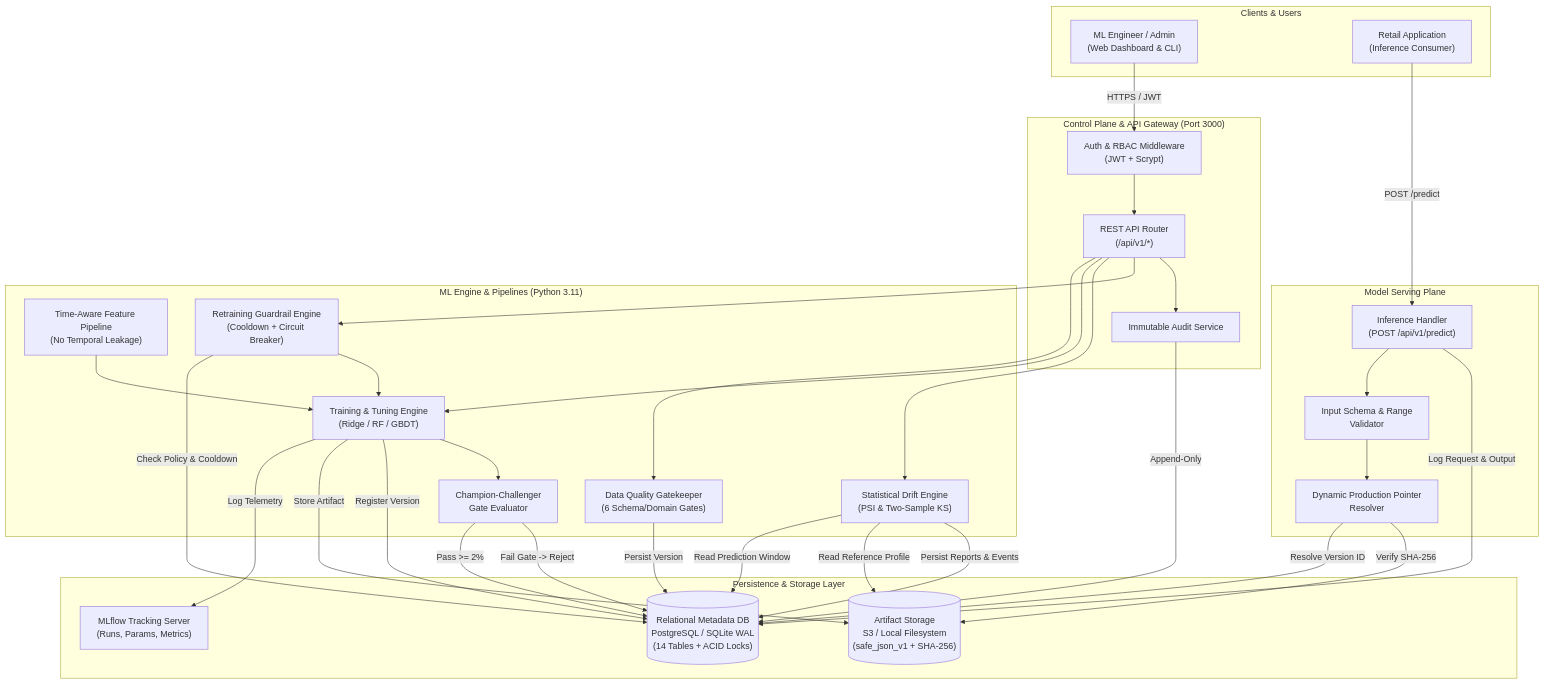
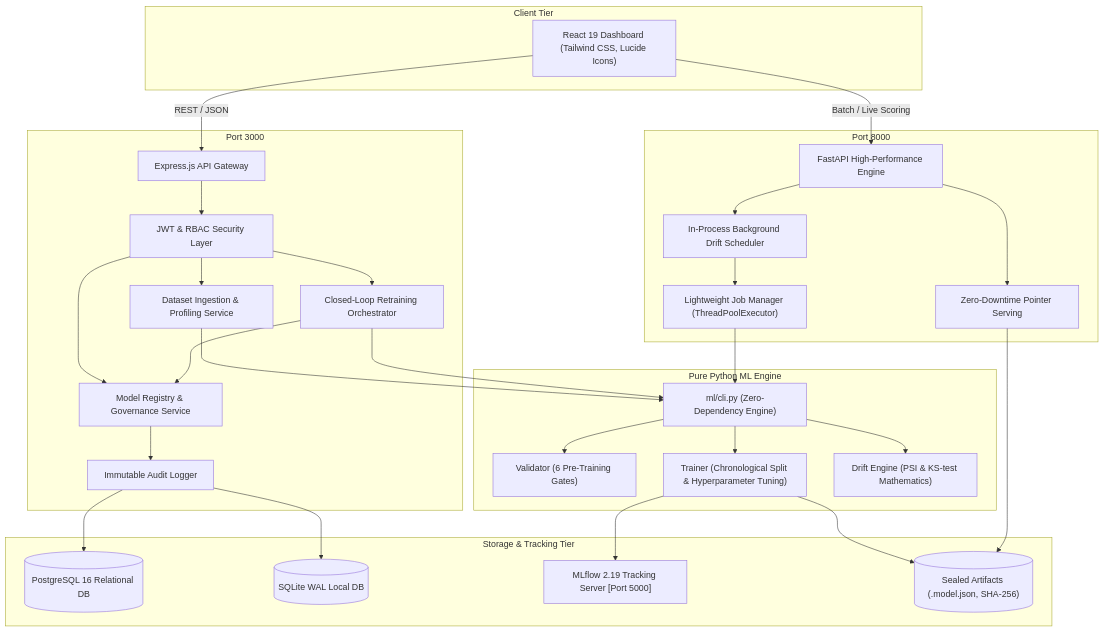
Before and after one commit to Chirag240105/MlOps360: the first of 3 diagrams in README.md, drawn with Mermaid. The commit also changed other lines of this file, not shown here.

````diff
--- a/README.md
+++ b/README.md
@@ -174,68 +159,59 @@
 ```mermaid
-flowchart TB
-    subgraph Clients["Clients & Users"]
-        ENG["ML Engineer / Admin<br/>(Web Dashboard & CLI)"]
-        APP["Retail Application<br/>(Inference Consumer)"]
+flowchart TD
+    subgraph Client Tier
+        UI["React 19 Dashboard (Tailwind CSS, Lucide Icons)"]
     end
 
-    subgraph ControlPlane["Control Plane & API Gateway (Port 3000)"]
-        AUTH["Auth & RBAC Middleware<br/>(JWT + Scrypt)"]
-        ROUTER["REST API Router<br/>(/api/v1/*)"]
-        AUDIT["Immutable Audit Service"]
+    subgraph Control Plane Tier [Port 3000]
+        Express["Express.js API Gateway"]
+        AuthMiddleware["JWT & RBAC Security Layer"]
+        RegistryService["Model Registry & Governance Service"]
+        DatasetService["Dataset Ingestion & Profiling Service"]
+        RetrainingService["Closed-Loop Retraining Orchestrator"]
+        AuditService["Immutable Audit Logger"]
     end
 
-    subgraph ServingPlane["Model Serving Plane"]
-        SRV["Inference Handler<br/>(POST /api/v1/predict)"]
-        PTR["Dynamic Production Pointer<br/>Resolver"]
-        VAL_IN["Input Schema & Range<br/>Validator"]
+    subgraph ML & Inference Microservice [Port 8000]
+        FastAPI["FastAPI High-Performance Engine"]
+        InferenceApp["Zero-Downtime Pointer Serving"]
+        Scheduler["In-Process Background Drift Scheduler"]
+        JobManager["Lightweight Job Manager (ThreadPoolExecutor)"]
     end
 
-    subgraph MLOpsEngine["ML Engine & Pipelines (Python 3.11)"]
-        DATA_VAL["Data Quality Gatekeeper<br/>(6 Schema/Domain Gates)"]
-        FEAT["Time-Aware Feature Pipeline<br/>(No Temporal Leakage)"]
-        TRAIN["Training & Tuning Engine<br/>(Ridge / RF / GBDT)"]
-        DRIFT["Statistical Drift Engine<br/>(PSI & Two-Sample KS)"]
-        RETRAIN["Retraining Guardrail Engine<br/>(Cooldown + Circuit Breaker)"]
-        CHAMP["Champion-Challenger<br/>Gate Evaluator"]
+    subgraph Pure Python ML Engine
+        CLI["ml/cli.py (Zero-Dependency Engine)"]
+        Validator["Validator (6 Pre-Training Gates)"]
+        Trainer["Trainer (Chronological Split & Hyperparameter Tuning)"]
+        DriftEngine["Drift Engine (PSI & KS-test Mathematics)"]
     end
 
-    subgraph StorageLayer["Persistence & Storage Layer"]
-        DB[("Relational Metadata DB<br/>PostgreSQL / SQLite WAL<br/>(14 Tables + ACID Locks)")]
-        STORE[("Artifact Storage<br/>S3 / Local Filesystem<br/>(safe_json_v1 + SHA-256)")]
-        MLF["MLflow Tracking Server<br/>(Runs, Params, Metrics)"]
+    subgraph Storage & Tracking Tier
+        Postgres[(PostgreSQL 16 Relational DB)]
+        SQLite[(SQLite WAL Local DB)]
+        MLflow["MLflow 2.19 Tracking Server [Port 5000]"]
+        Artifacts[("Sealed Artifacts (.model.json, SHA-256)")]
     end
 
-    ENG -->|HTTPS / JWT| AUTH
-    AUTH --> ROUTER
-    APP -->|POST /predict| SRV
-
-    ROUTER --> DATA_VAL
-    ROUTER --> TRAIN
-    ROUTER --> DRIFT
-    ROUTER --> RETRAIN
-    ROUTER --> AUDIT
-
-    SRV --> VAL_IN
-    VAL_IN --> PTR
-    PTR -->|Resolve Version ID| DB
-    PTR -->|Verify SHA-256| STORE
-    SRV -->|Log Request & Output| DB
-
-    DATA_VAL -->|Persist Version| DB
-    FEAT --> TRAIN
-    TRAIN -->|Log Telemetry| MLF
-    TRAIN -->|Store Artifact| STORE
-    TRAIN -->|Register Version| DB
-
-    DRIFT -->|Read Prediction Window| DB
-    DRIFT -->|Read Reference Profile| STORE
-    DRIFT -->|Persist Reports & Events| DB
-
-    RETRAIN -->|Check Policy & Cooldown| DB
-    RETRAIN --> TRAIN
-    TRAIN --> CHAMP
-    CHAMP -->|Pass >= 2%| DB
-    CHAMP -->|Fail Gate -> Reject| DB
-
-    AUDIT -->|Append-Only| DB
+    UI -->|REST / JSON| Express
+    UI -->|Batch / Live Scoring| FastAPI
+    Express --> AuthMiddleware
+    AuthMiddleware --> RegistryService
+    AuthMiddleware --> DatasetService
+    AuthMiddleware --> RetrainingService
+    DatasetService --> CLI
+    RetrainingService --> CLI
+    RetrainingService --> RegistryService
+    RegistryService --> AuditService
+    AuditService --> Postgres
+    AuditService --> SQLite
+    FastAPI --> InferenceApp
+    FastAPI --> Scheduler
+    Scheduler --> JobManager
+    JobManager --> CLI
+    CLI --> Validator
+    CLI --> Trainer
+    CLI --> DriftEngine
+    Trainer --> MLflow
+    Trainer --> Artifacts
+    InferenceApp --> Artifacts
 ```
````
